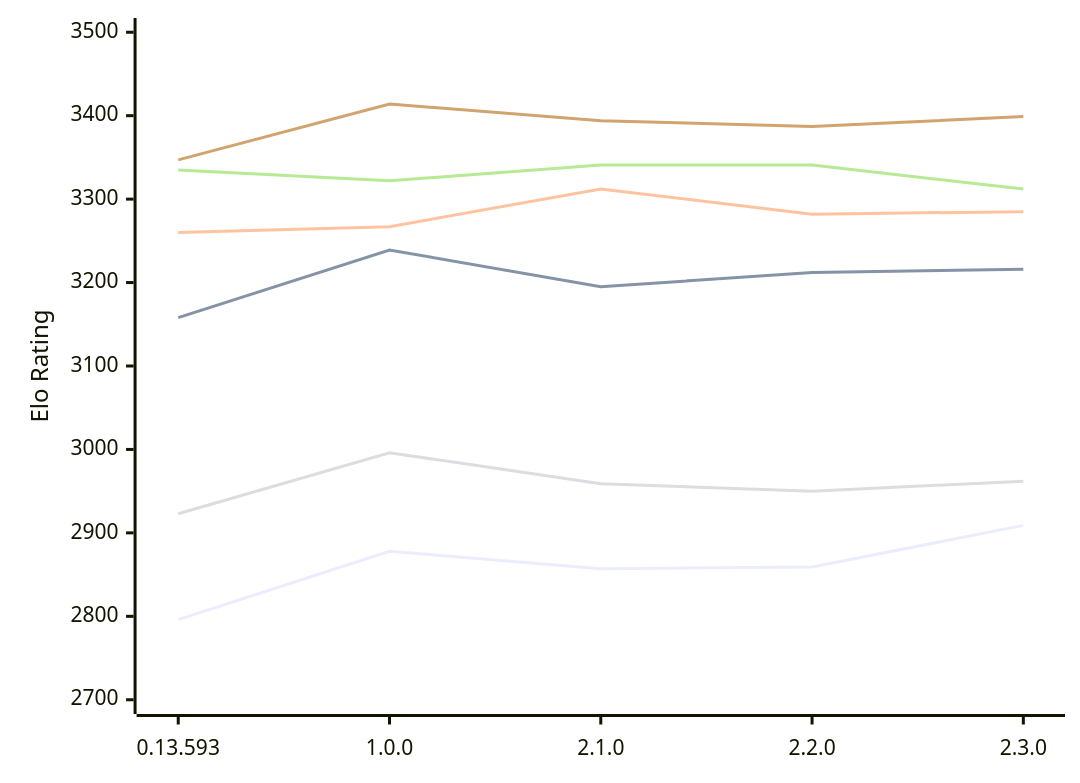
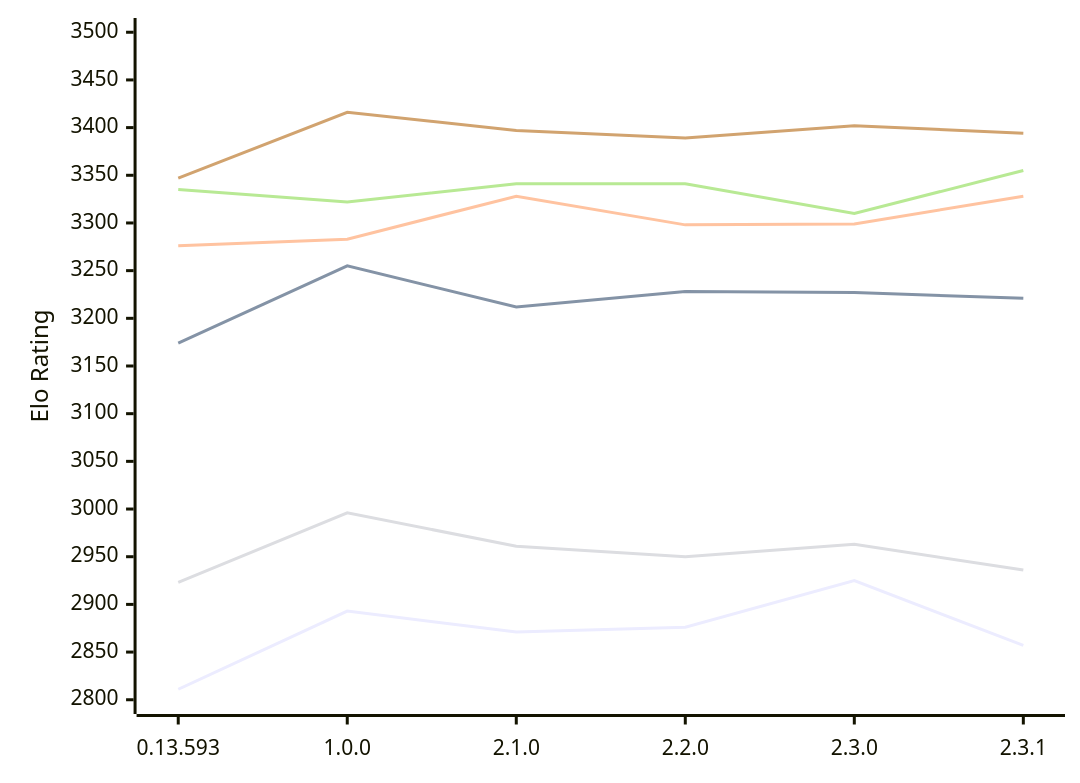
The diagram in engines/Pawnstar.md (computer-chess-index/cci), drawn with Mermaid before and after one commit. The commit also changed other lines of this file, not shown here.

Commit message:
Update CCI Ratings (ELO VLTC) - 2026-11-11

````diff
--- a/engines/Pawnstar.md
+++ b/engines/Pawnstar.md
@@ -55,12 +57,12 @@
 ```mermaid
 %%{init: {"theme":"base","themeVariables":{"seriesColors:['#a3a3a3','#222221','#faa371']}}}%%
 xychart-beta
-  x-axis ["0.13.593", "1.0.0", "2.1.0", "2.2.0", "2.3.0"]
-  y-axis "Elo Rating" 2700 --> 3500
-  line "E1: STC (8.0+0.08s)" [2796, 2878, 2857, 2859, 2909]
-  line "E1: LTC (60.0+0.60s)" [3158, 3239, 3195, 3212, 3216]
-  line "E1: VLTC (2m24s+1.12s)" [3260, 3267, 3312, 3282, 3285]
-  line "P1: STC (8.0+0.08s)" [2923, 2996, 2959, 2950, 2962]
-  line "P1: LTC (60.0+0.60s)" [3335, 3322, 3341, 3341, 3312]
-  line "P1: VLTC (2m24s+1.12s)" [3347, 3414, 3394, 3387, 3399]
+  x-axis ["0.13.593", "1.0.0", "2.1.0", "2.2.0", "2.3.0", "2.3.1"]
+  y-axis "Elo Rating" 2800 --> 3500
+  line "E1: STC (8.0+0.08s)" [2811, 2893, 2871, 2876, 2925, 2857]
+  line "E1: LTC (60.0+0.60s)" [3174, 3255, 3212, 3228, 3227, 3221]
+  line "E1: VLTC (2m24s+1.12s)" [3276, 3283, 3328, 3298, 3299, 3328]
+  line "P1: STC (8.0+0.08s)" [2923, 2996, 2961, 2950, 2963, 2936]
+  line "P1: LTC (60.0+0.60s)" [3335, 3322, 3341, 3341, 3310, 3355]
+  line "P1: VLTC (2m24s+1.12s)" [3347, 3416, 3397, 3389, 3402, 3394]
 ```
````
